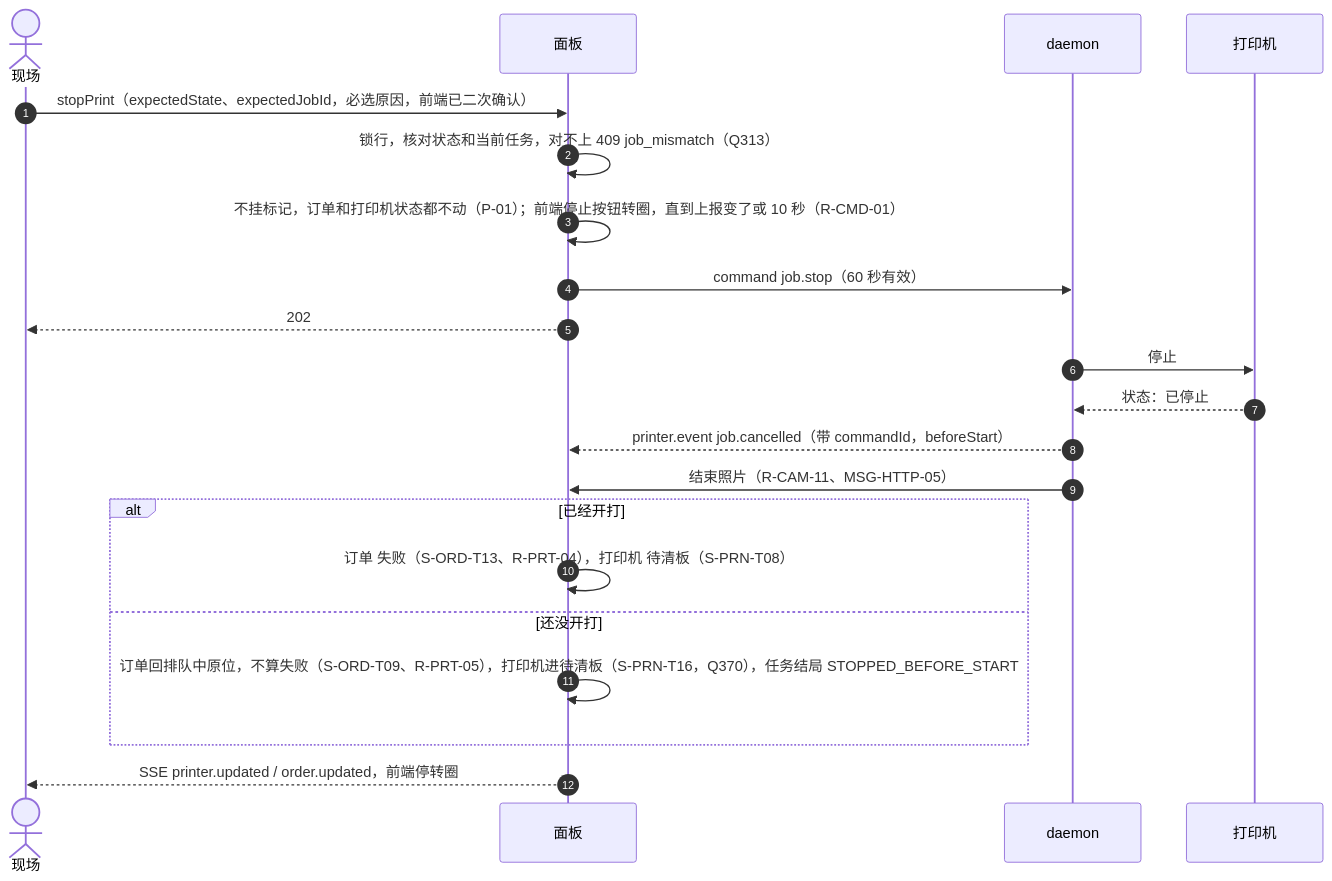
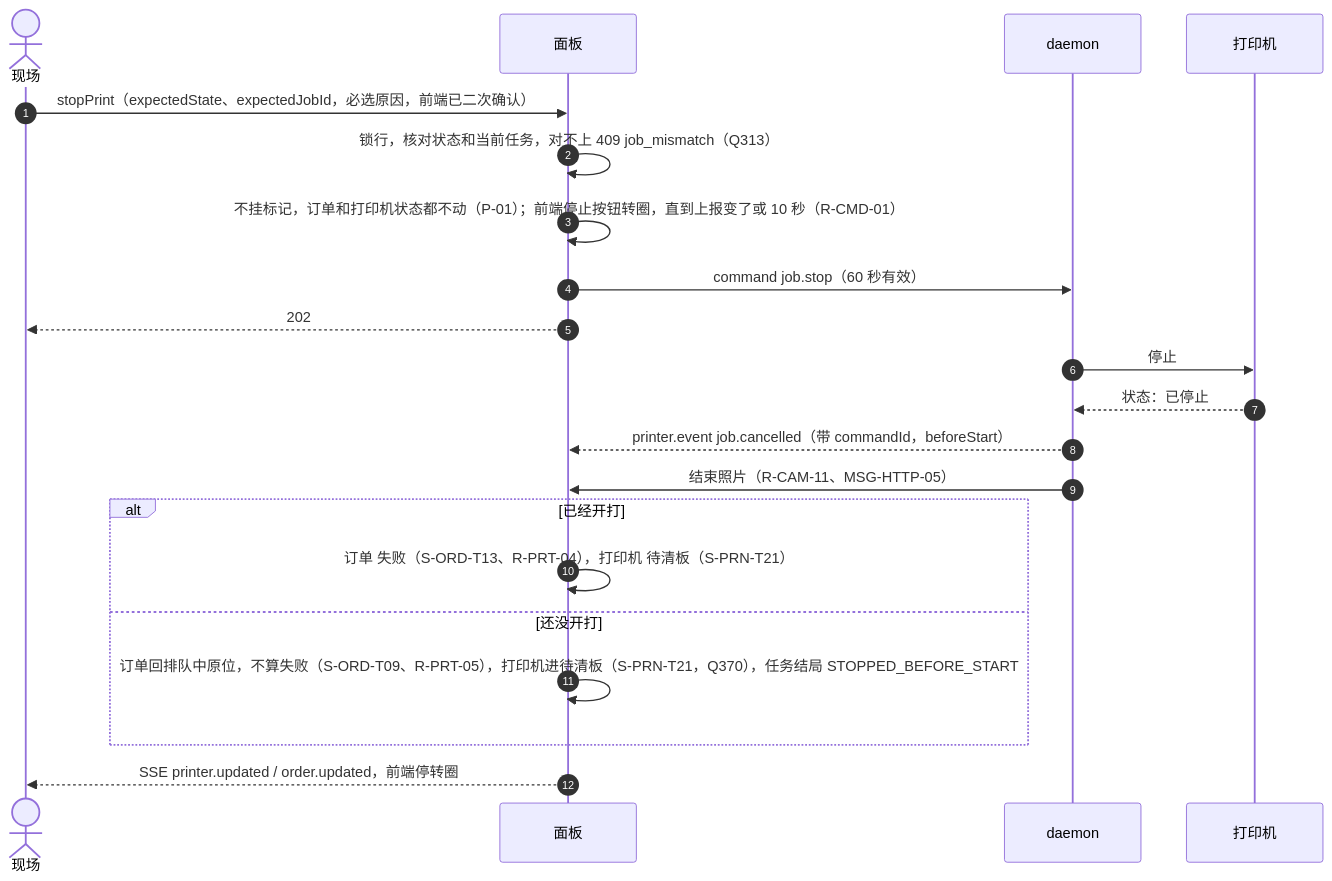
The fourth of 11 diagrams in docs/design/03-sequences.md (PlateRelay/PlateRelay), drawn with Mermaid before and after one commit. The commit also changed other lines of this file and 4 other files, not shown here.

First line of the commit message:
docs(design): update sequences and clean up references to removed rules in second draft

````diff
--- a/docs/design/03-sequences.md
+++ b/docs/design/03-sequences.md
@@ -163,23 +163,23 @@
 ```mermaid
 sequenceDiagram
   autonumber
   actor S as 现场
   participant P as 面板
   participant D as daemon
   participant R as 打印机
   S->>P: stopPrint（expectedState、expectedJobId，必选原因，前端已二次确认）
   P->>P: 锁行，核对状态和当前任务，对不上 409 job_mismatch（Q313）
   P->>P: 不挂标记，订单和打印机状态都不动（P-01）；前端停止按钮转圈，直到上报变了或 10 秒（R-CMD-01）
   P->>D: command job.stop（60 秒有效）
   P-->>S: 202
   D->>R: 停止
   R-->>D: 状态：已停止
   D-->>P: printer.event job.cancelled（带 commandId，beforeStart）
   D->>P: 结束照片（R-CAM-11、MSG-HTTP-05）
   alt 已经开打
-    P->>P: 订单 失败（S-ORD-T13、R-PRT-04），打印机 待清板（S-PRN-T08）
+    P->>P: 订单 失败（S-ORD-T13、R-PRT-04），打印机 待清板（S-PRN-T21）
   else 还没开打
-    P->>P: 订单回排队中原位，不算失败（S-ORD-T09、R-PRT-05），打印机进待清板（S-PRN-T16，Q370），任务结局 STOPPED_BEFORE_START
+    P->>P: 订单回排队中原位，不算失败（S-ORD-T09、R-PRT-05），打印机进待清板（S-PRN-T21，Q370），任务结局 STOPPED_BEFORE_START
   end
   P-->>S: SSE printer.updated / order.updated，前端停转圈
 ```
````
